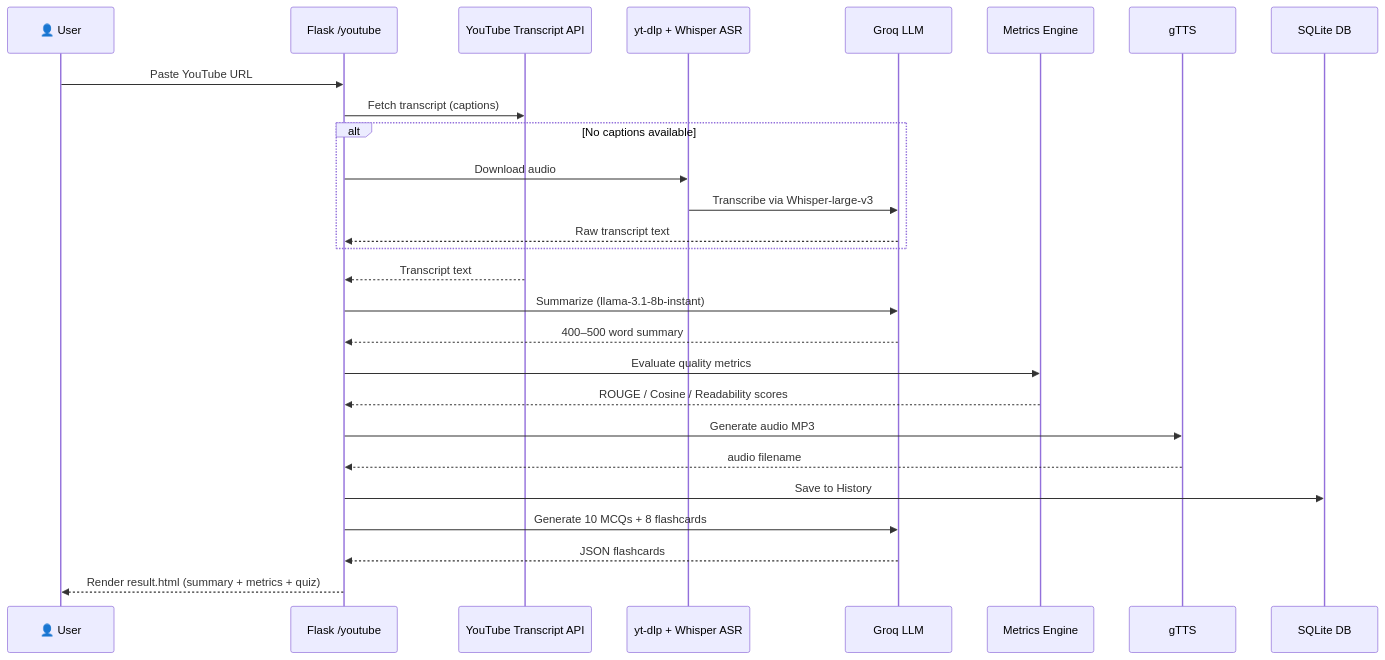
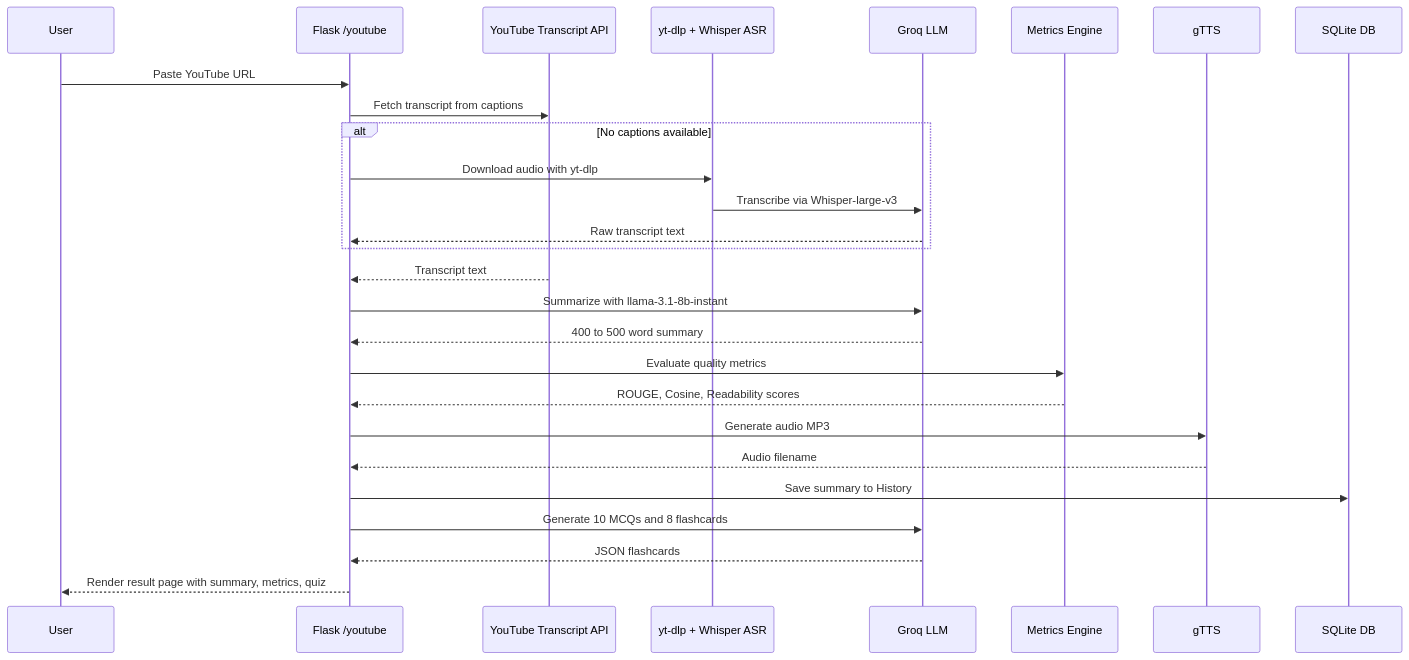
The third of 3 diagrams in README.md (Shuvam00/ExplainIT-AI), drawn with Mermaid before and after one commit. The commit also changed other lines of this file, not shown here.

Commit message:
fix: correct Mermaid diagram syntax - remove backslash-n in labels and angle brackets

````diff
--- a/README.md
+++ b/README.md
@@ -126,30 +127,30 @@
 ```mermaid
 sequenceDiagram
-    participant U as 👤 User
+    participant U as User
     participant F as Flask /youtube
     participant YT as YouTube Transcript API
     participant YD as yt-dlp + Whisper ASR
     participant G as Groq LLM
     participant M as Metrics Engine
     participant T as gTTS
     participant DB as SQLite DB
 
     U->>F: Paste YouTube URL
-    F->>YT: Fetch transcript (captions)
+    F->>YT: Fetch transcript from captions
     alt No captions available
-        F->>YD: Download audio
+        F->>YD: Download audio with yt-dlp
         YD->>G: Transcribe via Whisper-large-v3
         G-->>F: Raw transcript text
     end
     YT-->>F: Transcript text
-    F->>G: Summarize (llama-3.1-8b-instant)
-    G-->>F: 400–500 word summary
+    F->>G: Summarize with llama-3.1-8b-instant
+    G-->>F: 400 to 500 word summary
     F->>M: Evaluate quality metrics
-    M-->>F: ROUGE / Cosine / Readability scores
+    M-->>F: ROUGE, Cosine, Readability scores
     F->>T: Generate audio MP3
-    T-->>F: audio filename
-    F->>DB: Save to History
-    F->>G: Generate 10 MCQs + 8 flashcards
+    T-->>F: Audio filename
+    F->>DB: Save summary to History
+    F->>G: Generate 10 MCQs and 8 flashcards
     G-->>F: JSON flashcards
-    F-->>U: Render result.html (summary + metrics + quiz)
+    F-->>U: Render result page with summary, metrics, quiz
 ```
````
